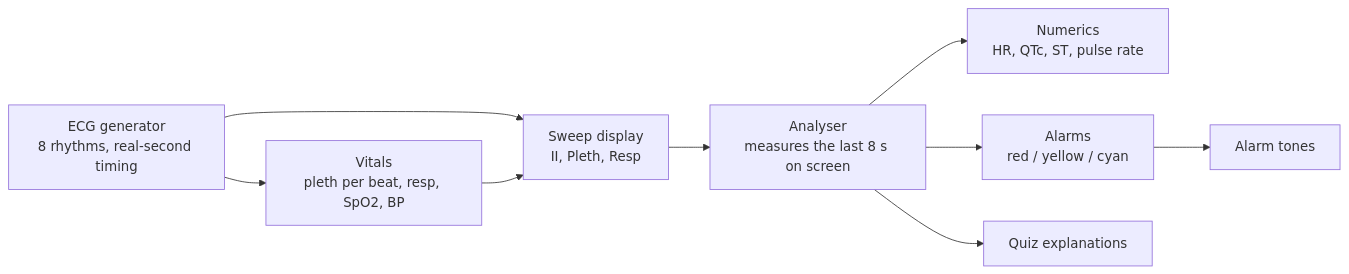
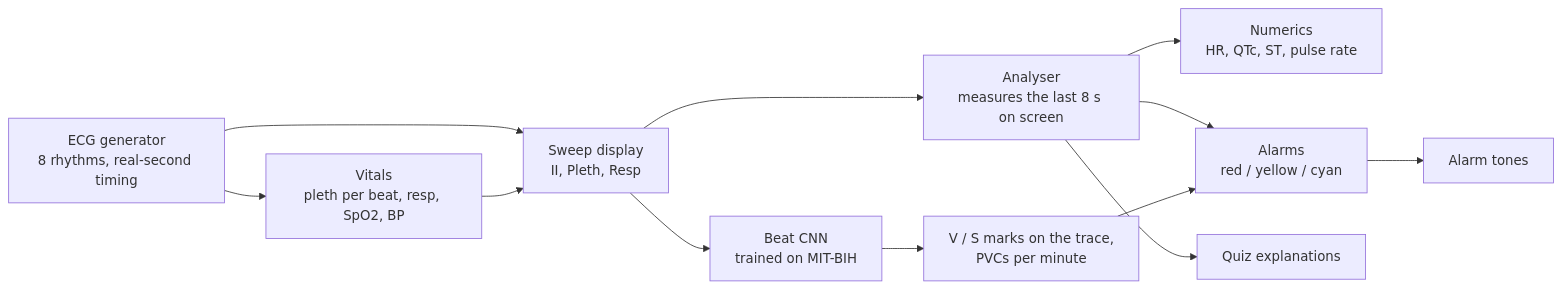
The diagram in README.md (Janat-Yasser/heart_simulator), drawn with Mermaid before and after one commit. The commit also changed other lines of this file and 11 other files, not shown here.

First line of the commit message:
Train a beat classifier on MIT-BIH and run it in the monitor

````diff
--- a/README.md
+++ b/README.md
@@ -26,11 +27,14 @@
 ```mermaid
 flowchart LR
   G[ECG generator<br/>8 rhythms, real-second timing] --> S[Sweep display<br/>II, Pleth, Resp]
   G --> V[Vitals<br/>pleth per beat, resp, SpO2, BP]
   V --> S
   S --> A[Analyser<br/>measures the last 8 s on screen]
   A --> N[Numerics<br/>HR, QTc, ST, pulse rate]
   A --> L[Alarms<br/>red / yellow / cyan]
   L --> Snd[Alarm tones]
   A --> Q[Quiz explanations]
+  S --> B[Beat CNN<br/>trained on MIT-BIH]
+  B --> M[V / S marks on the trace,<br/>PVCs per minute]
+  M --> L
 ```
````
